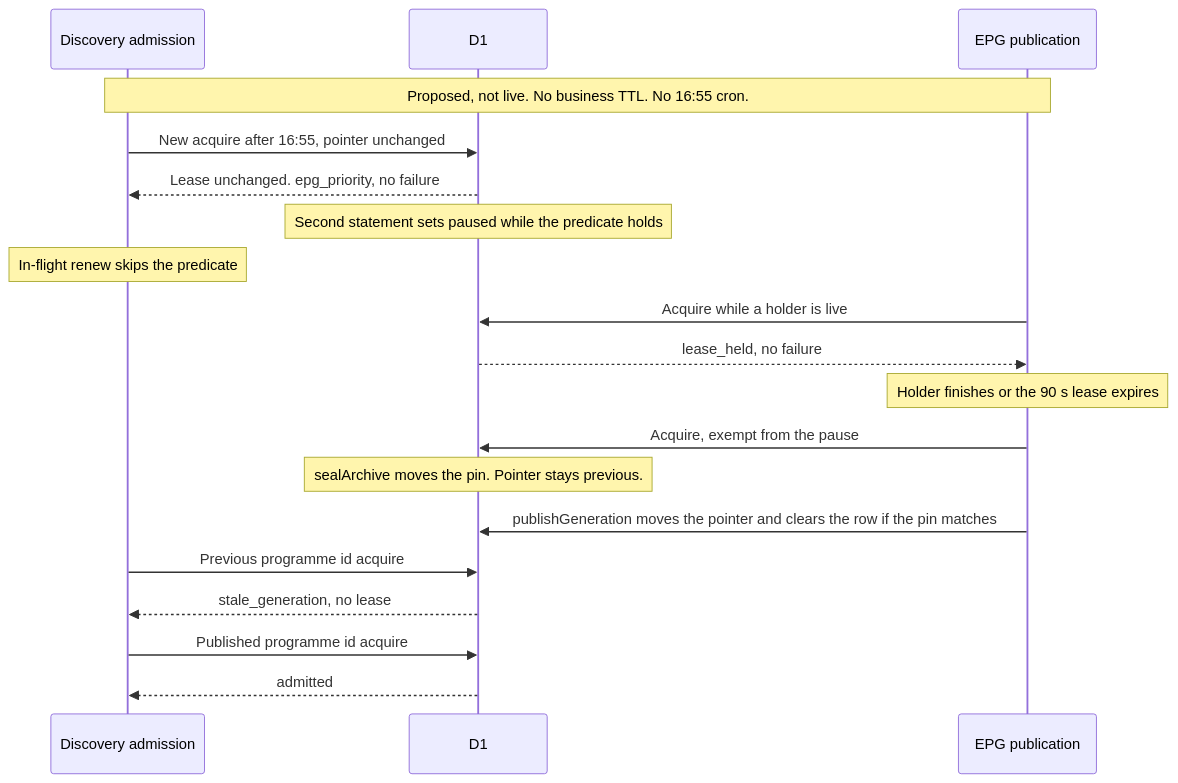
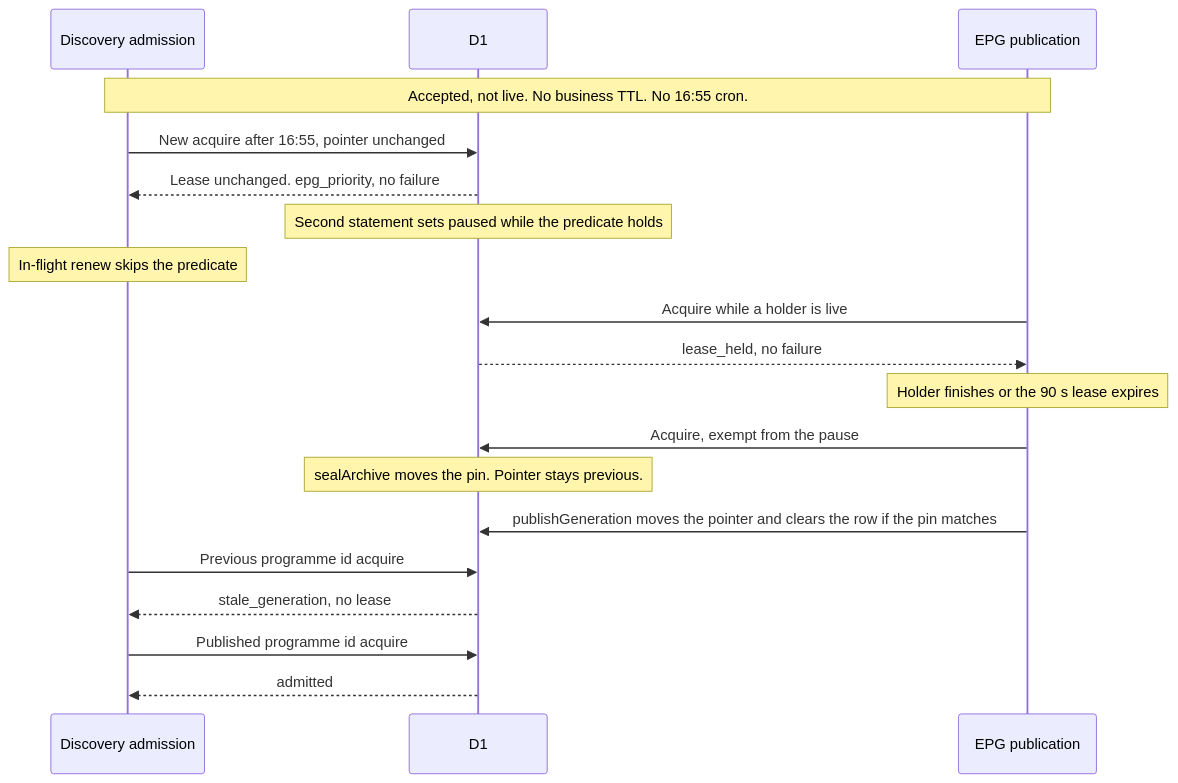
The fifth of 10 diagrams in docs/architecture/scheduling-and-orchestration.md (vladimino/iptv-watchlist), drawn with Mermaid before and after one commit. The commit also changed other lines of this file and 12 other files, not shown here.

````diff
--- a/docs/architecture/scheduling-and-orchestration.md
+++ b/docs/architecture/scheduling-and-orchestration.md
@@ -148,21 +148,21 @@
 ```mermaid
 sequenceDiagram
     participant Disc as Discovery admission
     participant D1 as D1
     participant EPG as EPG publication
-    Note over Disc,EPG: Proposed, not live. No business TTL. No 16:55 cron.
+    Note over Disc,EPG: Accepted, not live. No business TTL. No 16:55 cron.
     Disc->>D1: New acquire after 16:55, pointer unchanged
     D1-->>Disc: Lease unchanged. epg_priority, no failure
     Note over D1: Second statement sets paused while the predicate holds
     Note over Disc: In-flight renew skips the predicate
     EPG->>D1: Acquire while a holder is live
     D1-->>EPG: lease_held, no failure
     Note over EPG: Holder finishes or the 90 s lease expires
     EPG->>D1: Acquire, exempt from the pause
     Note over D1: sealArchive moves the pin. Pointer stays previous.
     EPG->>D1: publishGeneration moves the pointer and clears the row if the pin matches
     Disc->>D1: Previous programme id acquire
     D1-->>Disc: stale_generation, no lease
     Disc->>D1: Published programme id acquire
     D1-->>Disc: admitted
 ```
````
